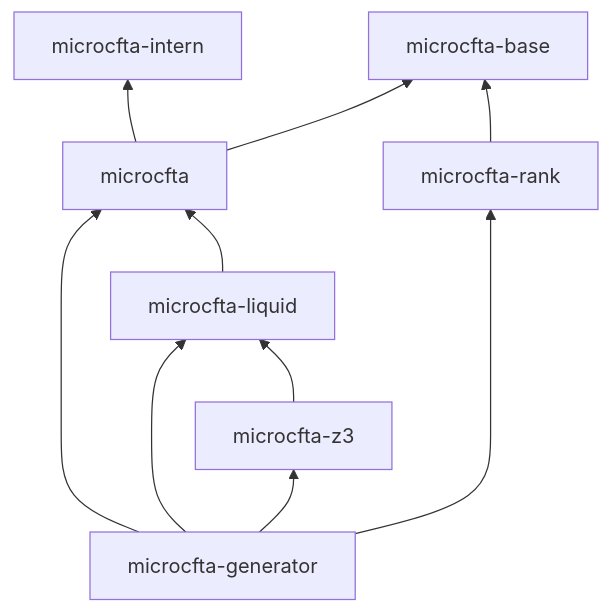
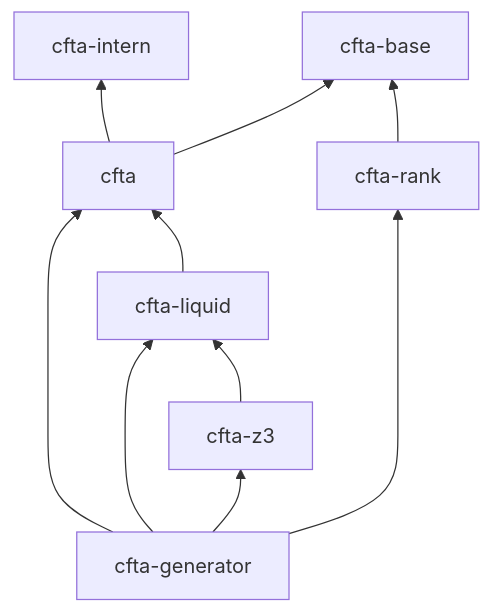
One commit to Tritlo/microecta changed the diagram in README.md. Above: the diagram before and after it, drawn with Mermaid. The commit also changed other lines of this file and 225 other files, not shown here.

First line of the commit message:
Rename the microcfta packages to cfta

````diff
--- a/README.md
+++ b/README.md
@@ -15,12 +15,12 @@
 ```mermaid
 flowchart BT
-  g["microcfta-generator"] --> c["microcfta"]
-  g --> r["microcfta-rank"]
-  g --> l["microcfta-liquid"]
-  g --> z["microcfta-z3"]
+  g["cfta-generator"] --> c["cfta"]
+  g --> r["cfta-rank"]
+  g --> l["cfta-liquid"]
+  g --> z["cfta-z3"]
   z --> l
   l --> c
-  c --> i["microcfta-intern"]
-  c --> b["microcfta-base"]
+  c --> i["cfta-intern"]
+  c --> b["cfta-base"]
   r --> b
 ```
````
